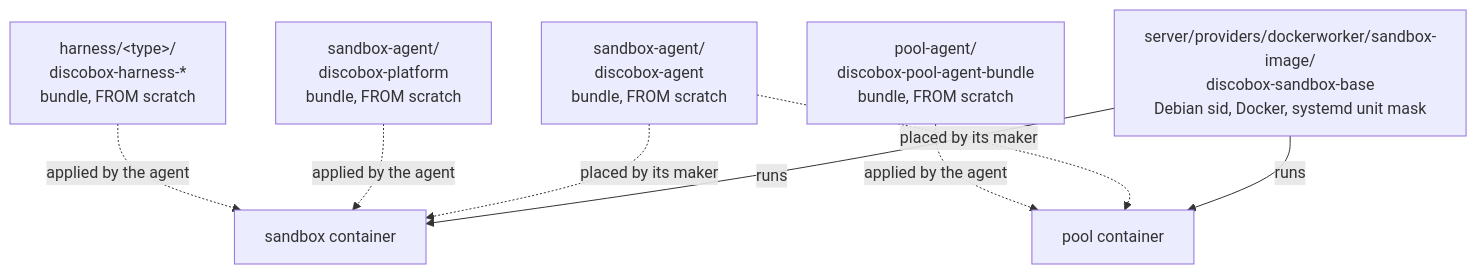
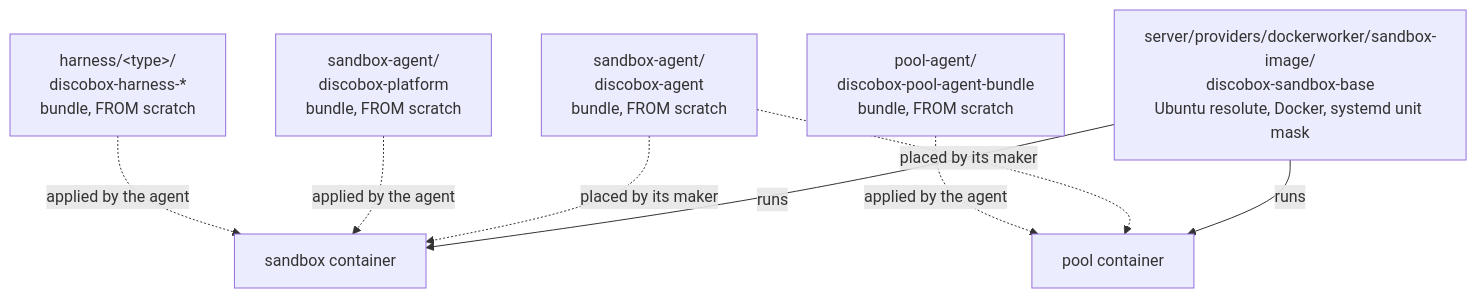
One commit to discobox-ai/discobox changed the fifth of 5 diagrams in DESIGN.md. Above: the diagram before and after it, drawn with Mermaid. The commit also changed other lines of this file and 24 other files, not shown here.

````diff
--- a/DESIGN.md
+++ b/DESIGN.md
@@ -468,18 +468,18 @@
 ```mermaid
 flowchart TD
-    base["server/providers/dockerworker/sandbox-image/<br/>discobox-sandbox-base<br/>Debian sid, Docker, systemd unit mask"]
+    base["server/providers/dockerworker/sandbox-image/<br/>discobox-sandbox-base<br/>Ubuntu resolute, Docker, systemd unit mask"]
     agent["sandbox-agent/<br/>discobox-agent<br/>bundle, FROM scratch"]
     platform["sandbox-agent/<br/>discobox-platform<br/>bundle, FROM scratch"]
     bundle["harness/&lt;type&gt;/<br/>discobox-harness-*<br/>bundle, FROM scratch"]
     poolbundle["pool-agent/<br/>discobox-pool-agent-bundle<br/>bundle, FROM scratch"]
     box["sandbox container"]
     poolbox["pool container"]
 
     base -->|runs| box
     base -->|runs| poolbox
     agent -.->|placed by its maker| box
     agent -.->|placed by its maker| poolbox
     platform -.->|applied by the agent| box
     bundle -.->|applied by the agent| box
     poolbundle -.->|applied by the agent| poolbox
 ```
````
